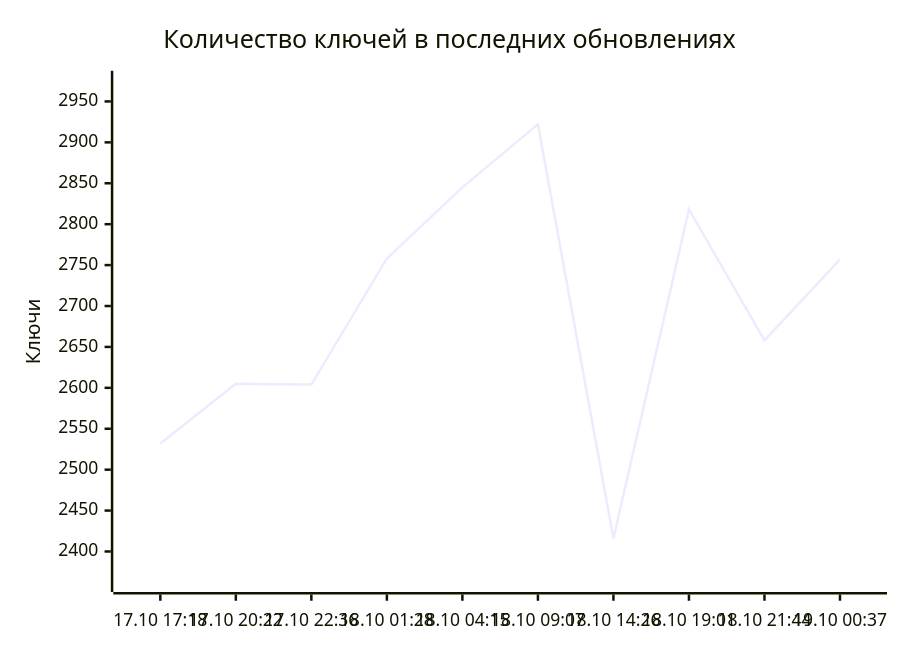
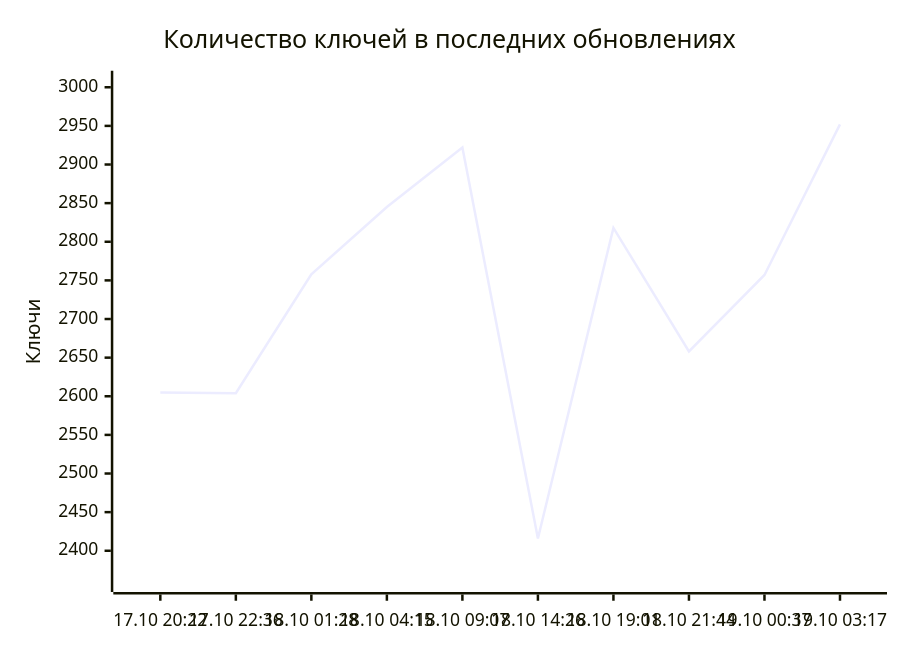
Before and after one commit to markKikhtenko/WireVeil: the diagram in README.md, drawn with Mermaid. The commit also changed other lines of this file and 12 other files, not shown here.

````diff
--- a/README.md
+++ b/README.md
@@ -55,7 +55,7 @@
 ```mermaid
 xychart-beta
     title "Количество ключей в последних обновлениях"
-    x-axis ["17.10 17:18", "17.10 20:22", "17.10 22:36", "18.10 01:28", "18.10 04:15", "18.10 09:07", "18.10 14:26", "18.10 19:01", "18.10 21:44", "19.10 00:37"]
-    y-axis "Ключи" 2365 --> 2973
-    line [2532, 2605, 2604, 2758, 2845, 2922, 2416, 2818, 2658, 2757]
+    x-axis ["17.10 20:22", "17.10 22:36", "18.10 01:28", "18.10 04:15", "18.10 09:07", "18.10 14:26", "18.10 19:01", "18.10 21:44", "19.10 00:37", "19.10 03:17"]
+    y-axis "Ключи" 2362 --> 3006
+    line [2605, 2604, 2758, 2845, 2922, 2416, 2818, 2658, 2757, 2952]
 ```
````
